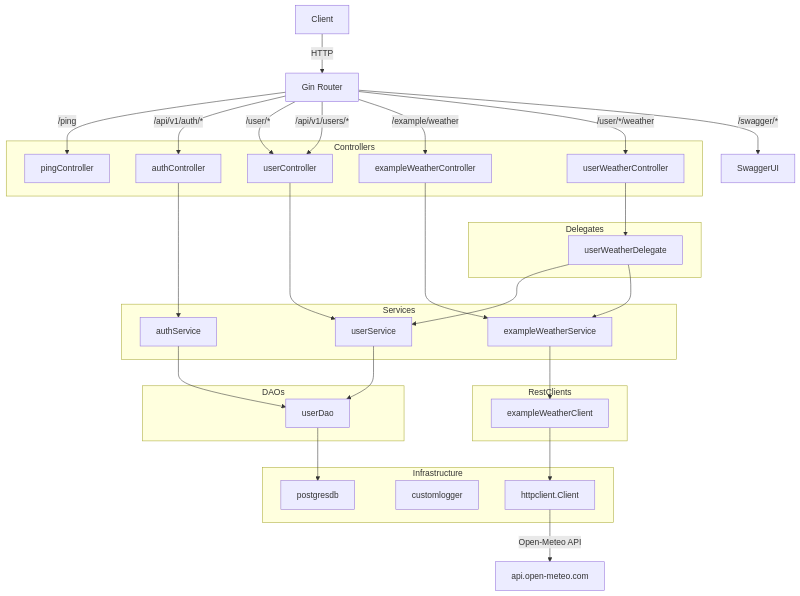
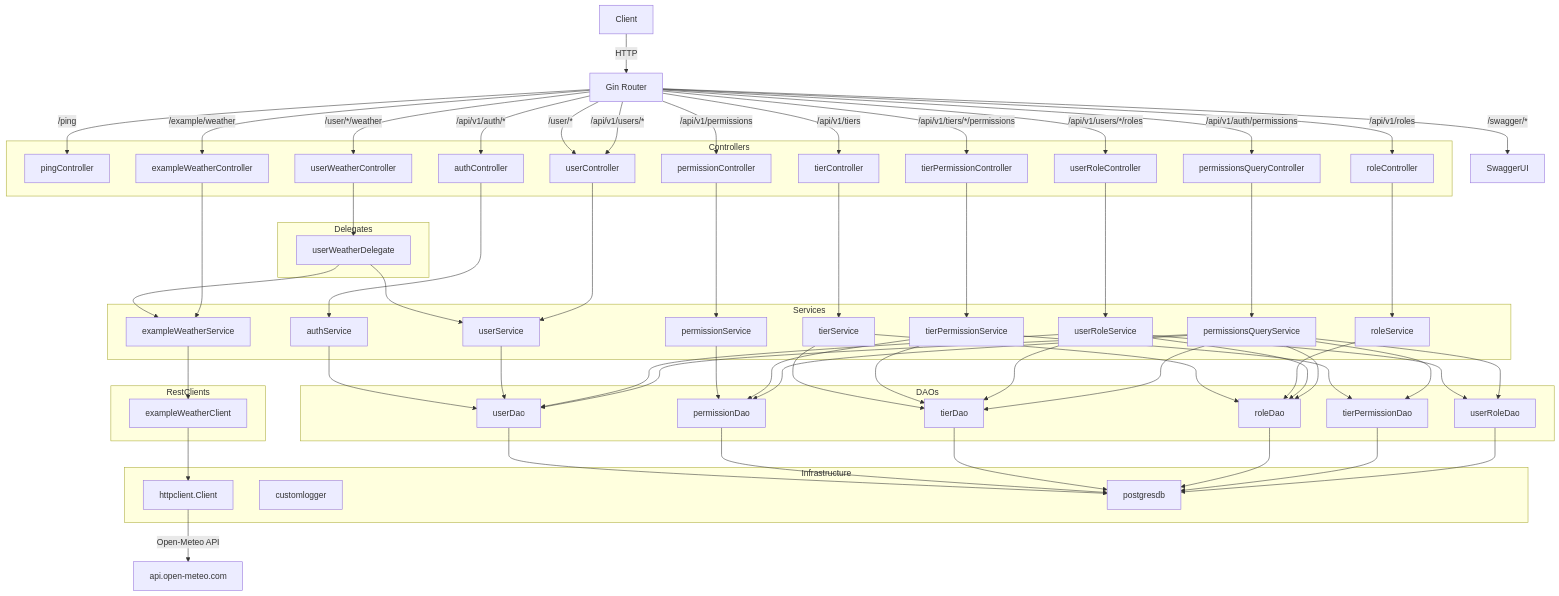
Before and after one commit to Paceron/paceron-backend: the first of 3 diagrams in README.md, drawn with Mermaid. The commit also changed other lines of this file and 104 other files, not shown here.

```diff
--- a/README.md
+++ b/README.md
@@ -38,6 +38,12 @@
         UserController[userController]
         WeatherController[exampleWeatherController]
         UserWeatherController[userWeatherController]
+        PermissionController[permissionController]
+        TierController[tierController]
+        RoleController[roleController]
+        TierPermissionController[tierPermissionController]
+        UserRoleController[userRoleController]
+        PermissionsQueryController[permissionsQueryController]
     end
 
     subgraph Delegates
@@ -48,10 +54,21 @@
         AuthService[authService]
         UserService[userService]
         WeatherService[exampleWeatherService]
+        PermissionService[permissionService]
+        TierService[tierService]
+        RoleService[roleService]
+        TierPermissionService[tierPermissionService]
+        UserRoleService[userRoleService]
+        PermissionsQueryService[permissionsQueryService]
     end
 
     subgraph DAOs
         UserDAO[userDao]
+        PermissionDAO[permissionDao]
+        TierDAO[tierDao]
+        RoleDAO[roleDao]
+        TierPermissionDAO[tierPermissionDao]
+        UserRoleDAO[userRoleDao]
     end
 
     subgraph RestClients
@@ -70,6 +87,12 @@
     Router --> |/api/v1/users/*| UserController
     Router --> |/example/weather| WeatherController
     Router --> |/user/*/weather| UserWeatherController
+    Router --> |/api/v1/permissions| PermissionController
+    Router --> |/api/v1/tiers| TierController
+    Router --> |/api/v1/roles| RoleController
+    Router --> |/api/v1/tiers/*/permissions| TierPermissionController
+    Router --> |/api/v1/users/*/roles| UserRoleController
+    Router --> |/api/v1/auth/permissions| PermissionsQueryController
     Router --> |/swagger/*| SwaggerUI
 
     UserWeatherController --> UserWeatherDelegate
@@ -78,9 +101,37 @@
     AuthController --> AuthService
     UserController --> UserService
     WeatherController --> WeatherService
+    PermissionController --> PermissionService
+    TierController --> TierService
+    RoleController --> RoleService
+    TierPermissionController --> TierPermissionService
+    UserRoleController --> UserRoleService
+    PermissionsQueryController --> PermissionsQueryService
     AuthService --> UserDAO
     UserService --> UserDAO
+    PermissionService --> PermissionDAO
+    TierService --> TierDAO
+    TierService --> RoleDAO
+    RoleService --> RoleDAO
+    TierPermissionService --> TierPermissionDAO
+    TierPermissionService --> TierDAO
+    TierPermissionService --> PermissionDAO
+    UserRoleService --> UserRoleDAO
+    UserRoleService --> RoleDAO
+    UserRoleService --> TierDAO
+    UserRoleService --> UserDAO
+    PermissionsQueryService --> UserDAO
+    PermissionsQueryService --> UserRoleDAO
+    PermissionsQueryService --> RoleDAO
+    PermissionsQueryService --> TierDAO
+    PermissionsQueryService --> TierPermissionDAO
+    PermissionsQueryService --> PermissionDAO
     UserDAO --> DB
+    PermissionDAO --> DB
+    TierDAO --> DB
+    RoleDAO --> DB
+    TierPermissionDAO --> DB
+    UserRoleDAO --> DB
     WeatherService --> WeatherClient
     WeatherClient --> HTTPClient
     HTTPClient --> |Open-Meteo API| ExternalAPI[api.open-meteo.com]
```
